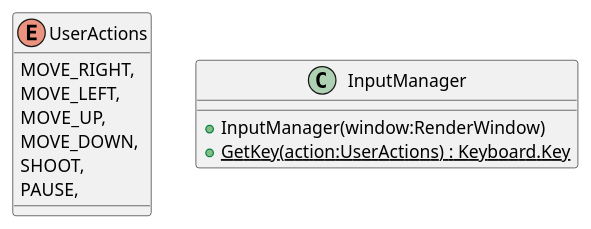
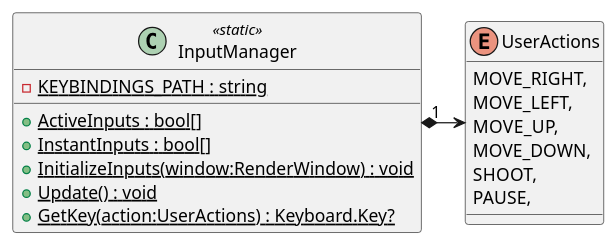
Before and after one commit to Ruby1405/PaceInvaders: the diagram in plantuml/InputManager.puml, drawn with PlantUML. The commit also changed 28 other files, not shown here.

Commit message:
mostly diagram progress

```diff
--- a/plantuml/InputManager.puml
+++ b/plantuml/InputManager.puml
@@ -1,14 +1,19 @@
 @startuml
 enum UserActions {
     MOVE_RIGHT,
     MOVE_LEFT,
     MOVE_UP,
     MOVE_DOWN,
     SHOOT,
     PAUSE,
 }
-class InputManager {
-    + InputManager(window:RenderWindow)
-    + {static} GetKey(action:UserActions) : Keyboard.Key
+class InputManager <<static>> {
+    - {static} KEYBINDINGS_PATH : string
+    + {method} {static} ActiveInputs : bool[]
+    + {method} {static} InstantInputs : bool[]
+    + {static} InitializeInputs(window:RenderWindow) : void
+    + {static} Update() : void
+    + {static} GetKey(action:UserActions) : Keyboard.Key?
 }
+InputManager "1" *-> UserActions
 @enduml
```
